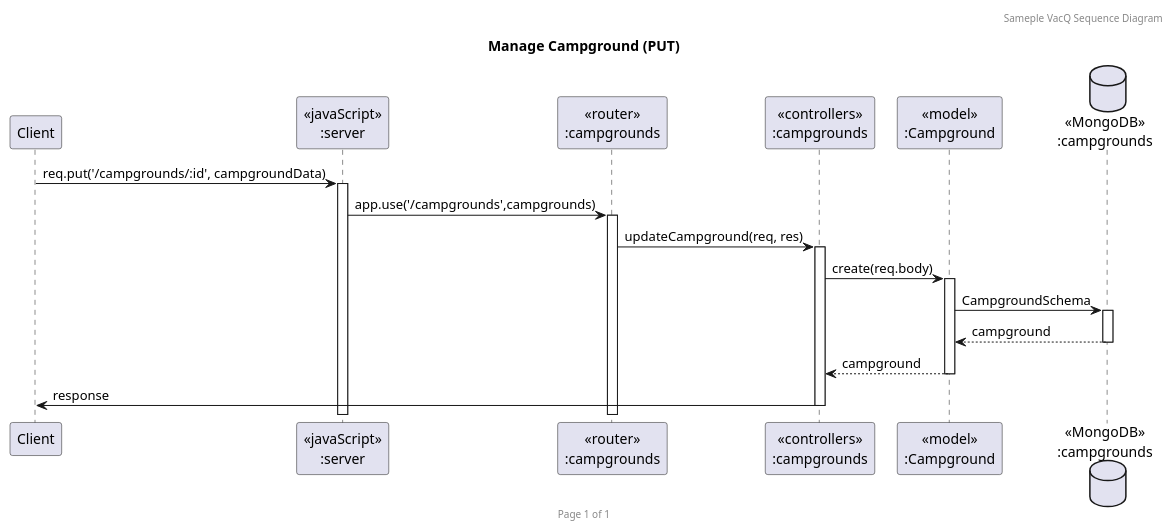
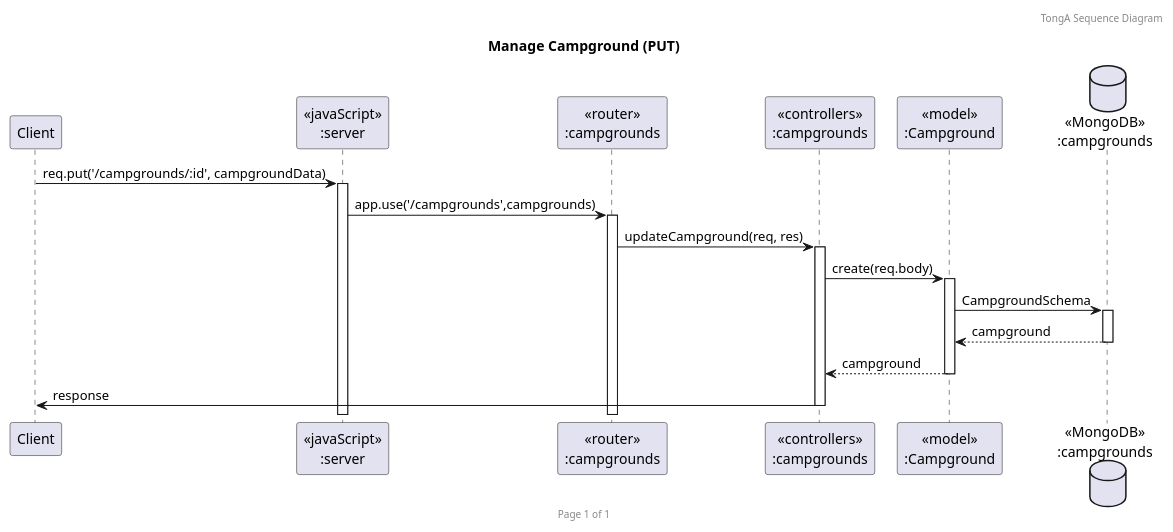
The diagram in plantuml/put.puml (2110503-2564/fe-project-2024-2-tong-a), drawn with PlantUML before and after one commit. The commit also changed 5 other files, not shown here.

Commit message:
add Diagram

```diff
--- a/plantuml/put.puml
+++ b/plantuml/put.puml
@@ -1,23 +1,23 @@
 @startuml Manage HCampground (PUT)
 
-header Sameple VacQ Sequence Diagram
+header TongA Sequence Diagram
 footer Page %page% of %lastpage%
 title "Manage Campground (PUT)"
 
 participant "Client" as client
 participant "<<javaScript>>\n:server" as server
 participant "<<router>>\n:campgrounds" as routerCampgrounds
 participant "<<controllers>>\n:campgrounds" as controllersCampgrounds
 participant "<<model>>\n:Campground" as modelCampground
 database "<<MongoDB>>\n:campgrounds" as CampgroundsDatabase
 
 client->server ++:req.put('/campgrounds/:id', campgroundData)
 server->routerCampgrounds ++:app.use('/campgrounds',campgrounds)
 routerCampgrounds -> controllersCampgrounds ++:updateCampground(req, res)
 controllersCampgrounds->modelCampground ++:create(req.body)
 modelCampground ->CampgroundsDatabase ++: CampgroundSchema
 CampgroundsDatabase --> modelCampground --: campground
 controllersCampgrounds <-- modelCampground --:campground
 controllersCampgrounds->client --:response
 
 @enduml
```
